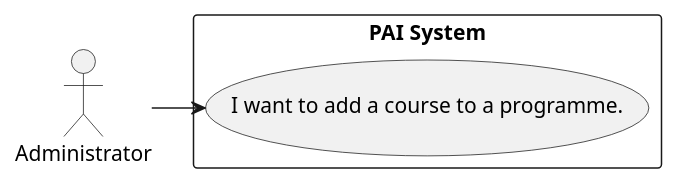
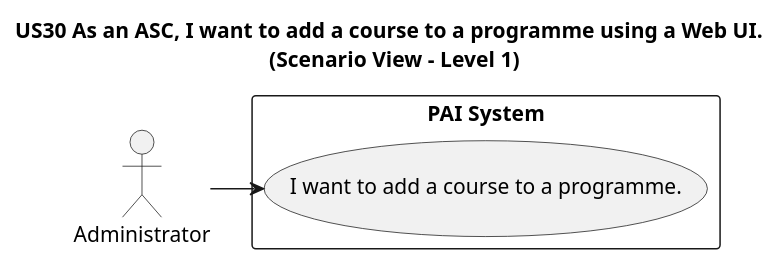
Before and after one commit to GasparISEP/DevOps-PAI: the diagram in docs/US30/Sprint_6_REST_API/Scenario View/Level1.puml, drawn with PlantUML.

Commit message:
[docs]: add title for Level 1 sequence diagram to outline course addition scenario #706

```diff
--- a/docs/US30/Sprint_6_REST_API/Scenario View/Level1.puml
+++ b/docs/US30/Sprint_6_REST_API/Scenario View/Level1.puml
@@ -1,14 +1,16 @@
 @startuml
 !pragma layout smetana
 left to right direction
 skinparam packageStyle rectangle
+
+title US30 As an ASC, I want to add a course to a programme using a Web UI. \n (Scenario View - Level 1)
 
 actor "Administrator" as admin
 
 rectangle "PAI System" {
     usecase "I want to add a course to a programme." as UC30
 }
 
 admin --> UC30
 
 @enduml
```
